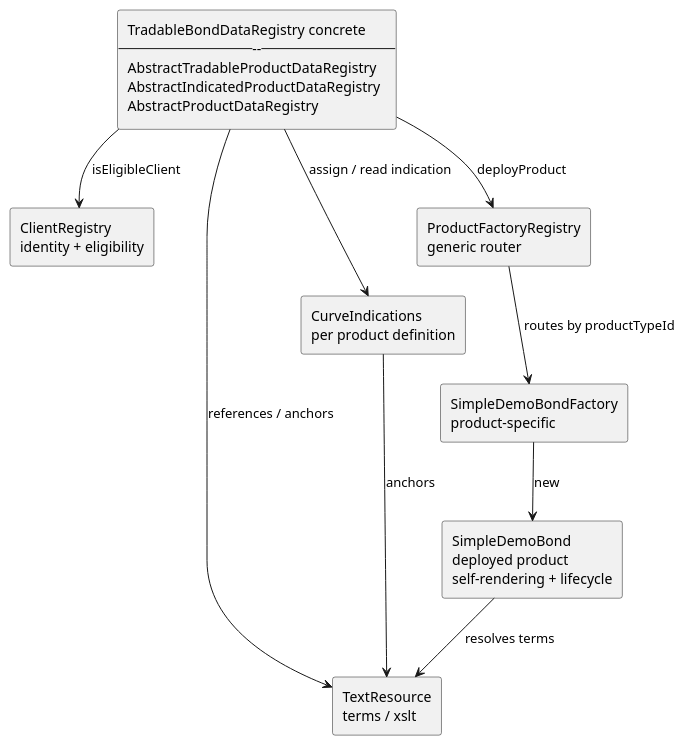
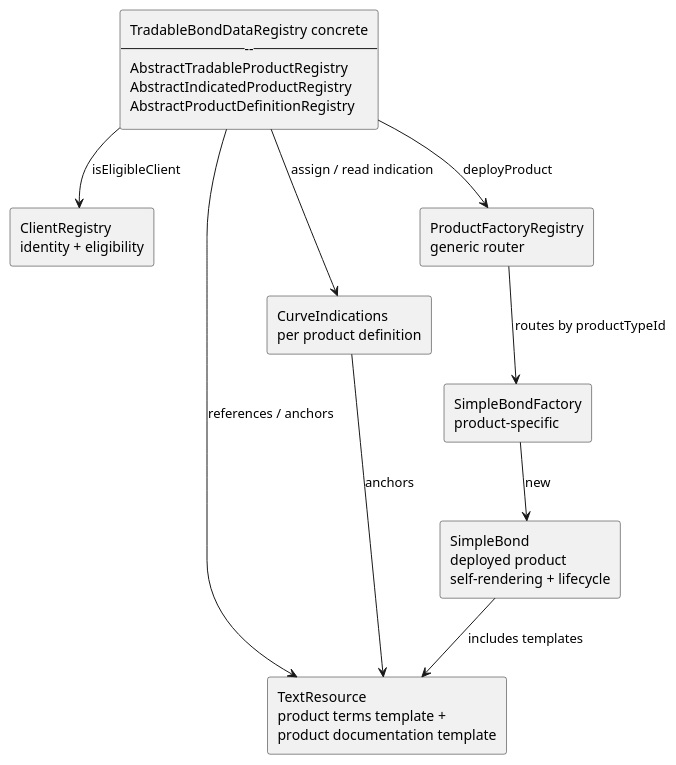
The diagram in framework/origins/representable-contract-state/documentation/smart-product-framework.md (Julius278/finmath-smart-derivative-contract), drawn with PlantUML before and after one commit. The commit also changed other lines of this file and 18 other files, not shown here.

````diff
--- a/framework/origins/representable-contract-state/documentation/smart-product-framework.md
+++ b/framework/origins/representable-contract-state/documentation/smart-product-framework.md
@@ -51,23 +55,23 @@
 ```plantuml
 @startuml
 skinparam componentStyle rectangle
 top to bottom direction
 
 rectangle "ClientRegistry\nidentity + eligibility" as IR
-rectangle "TradableBondDataRegistry concrete\n------\nAbstractTradableProductDataRegistry\nAbstractIndicatedProductDataRegistry\nAbstractProductDataRegistry" as REG
-rectangle "TextResource\nterms / xslt" as TR
+rectangle "TradableBondDataRegistry concrete\n------\nAbstractTradableProductRegistry\nAbstractIndicatedProductRegistry\nAbstractProductDefinitionRegistry" as REG
+rectangle "TextResource\nproduct terms template +\nproduct documentation template" as TR
 rectangle "CurveIndications\nper product definition" as CI
 rectangle "ProductFactoryRegistry\ngeneric router" as GF
-rectangle "SimpleDemoBondFactory\nproduct-specific" as SF
-rectangle "SimpleDemoBond\ndeployed product\nself-rendering + lifecycle" as P
+rectangle "SimpleBondFactory\nproduct-specific" as SF
+rectangle "SimpleBond\ndeployed product\nself-rendering + lifecycle" as P
 
 REG --> IR : isEligibleClient
 REG --> TR : references / anchors
 REG --> CI : assign / read indication
 CI  --> TR : anchors
 REG --> GF : deployProduct
 GF  --> SF : routes by productTypeId
 SF  --> P  : new
-P   --> TR : resolves terms
+P   --> TR : includes templates
 @enduml
 ```
````
